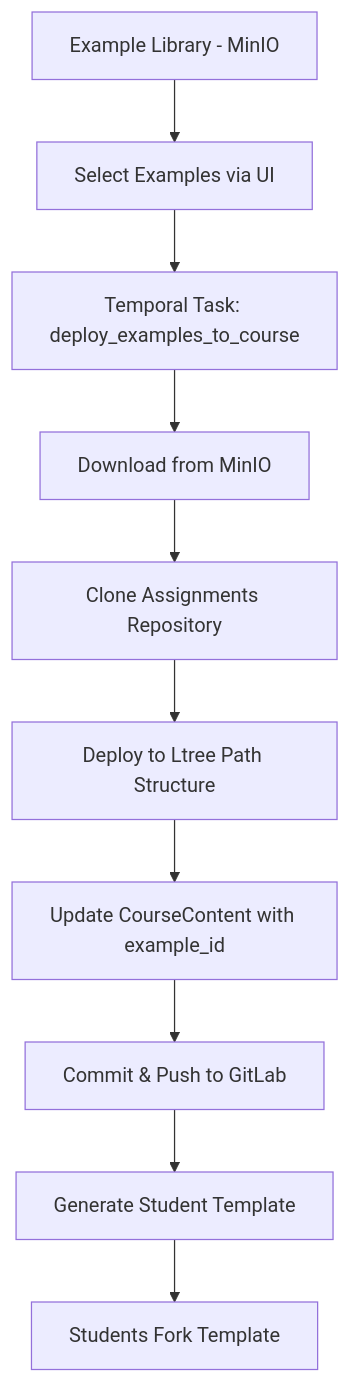
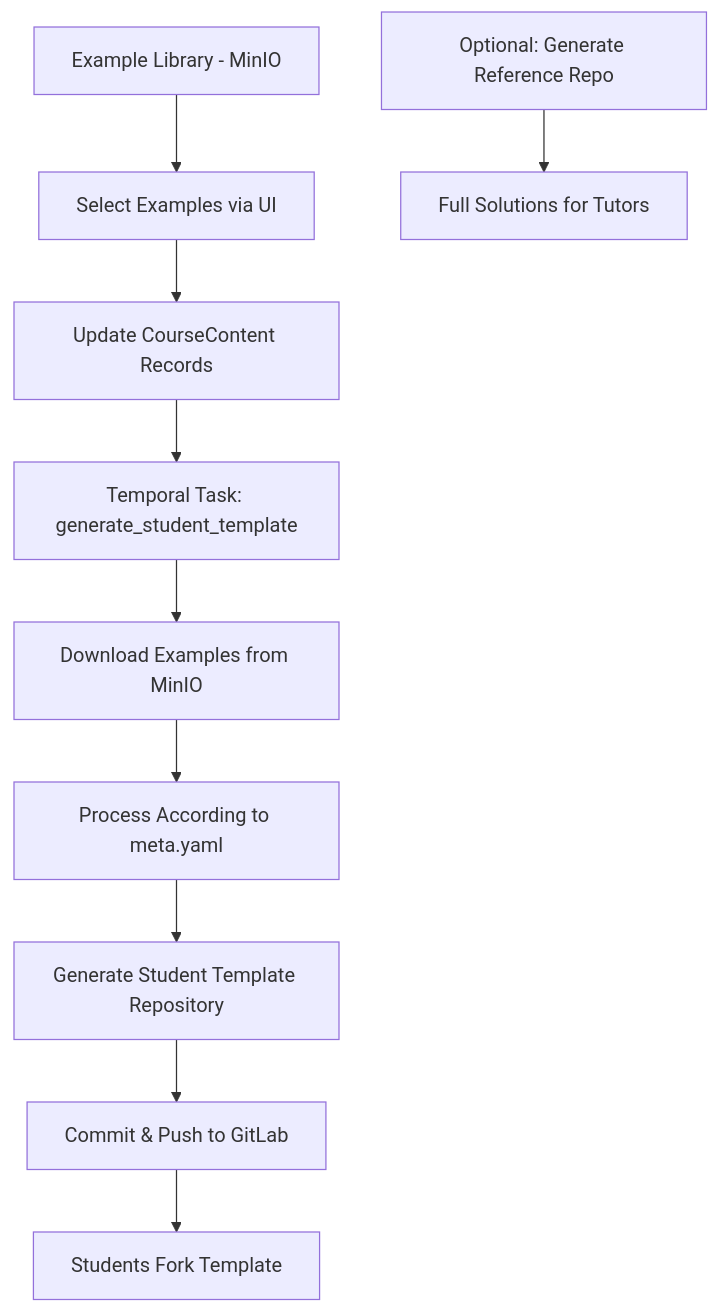
Before and after one commit to computor-org/computor-fullstack: the third of 3 diagrams in docs/EXAMPLE_DEPLOYMENT_STRATEGY.md, drawn with Mermaid. The commit also changed other lines of this file, not shown here.

First line of the commit message:
docs: revise deployment strategy to eliminate assignments repository

````diff
--- a/docs/EXAMPLE_DEPLOYMENT_STRATEGY.md
+++ b/docs/EXAMPLE_DEPLOYMENT_STRATEGY.md
@@ -50,12 +111,13 @@
 ```mermaid
 graph TD
     A[Example Library - MinIO] --> B[Select Examples via UI]
-    B --> C[Temporal Task: deploy_examples_to_course]
-    C --> D[Download from MinIO]
-    D --> E[Clone Assignments Repository]
-    E --> F[Deploy to Ltree Path Structure]
-    F --> G[Update CourseContent with example_id]
+    B --> C[Update CourseContent Records]
+    C --> D[Temporal Task: generate_student_template]
+    D --> E[Download Examples from MinIO]
+    E --> F[Process According to meta.yaml]
+    F --> G[Generate Student Template Repository]
     G --> H[Commit & Push to GitLab]
-    H --> I[Generate Student Template]
-    I --> J[Students Fork Template]
+    H --> I[Students Fork Template]
+    
+    J[Optional: Generate Reference Repo] --> K[Full Solutions for Tutors]
 ```
````
